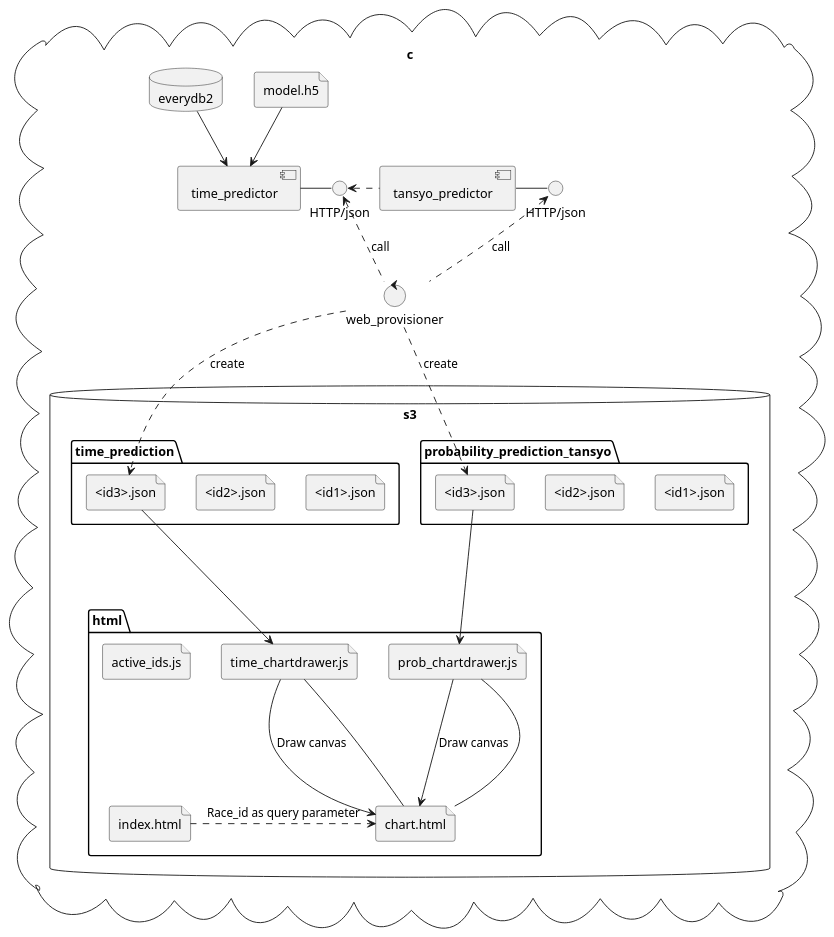
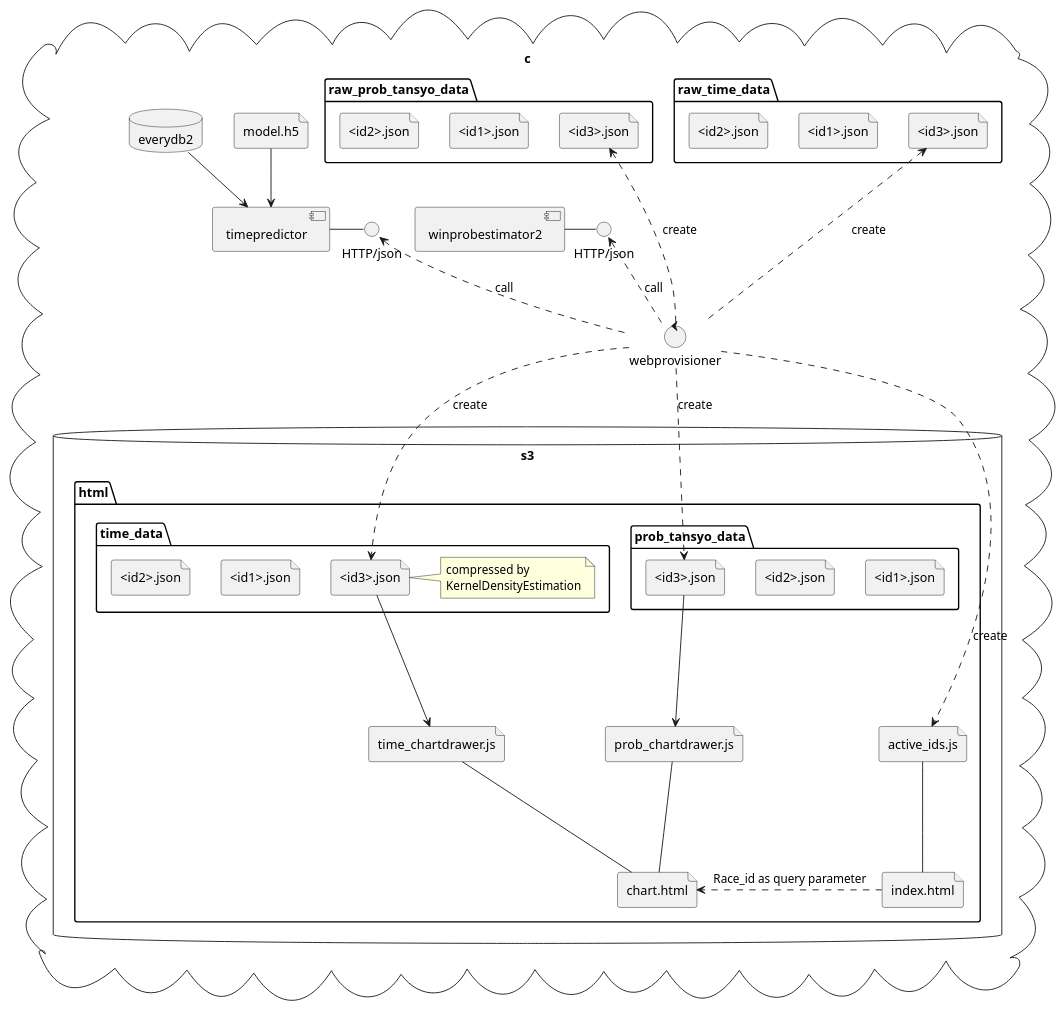
One commit to iwase22334/uma_document changed the diagram in software_design/web/overview.plantuml. Above: the diagram before and after it, drawn with PlantUML. The commit also changed 5 other files, not shown here.

```diff
--- a/software_design/web/overview.plantuml
+++ b/software_design/web/overview.plantuml
@@ -1,59 +1,73 @@
 @startuml
 
 cloud c {
     database s3 {
         folder html {
             file "index.html" as index
             file "active_ids.js" as ajs
             file "time_chartdrawer.js" as tjs
             file "prob_chartdrawer.js" as pjs
             file "chart.html" as chart
             index .> chart : Race_id as query parameter
-            tjs --> chart  : Draw canvas
             chart --up- tjs
 
-            pjs --> chart  : Draw canvas
             chart --up- pjs
 
+            folder time_data {
+                file "<id1>.json" as tp1
+                file "<id2>.json" as tp2
+                file "<id3>.json" as tp3
+                note right: compressed by \nKernelDensityEstimation
+            } 
+
+            folder prob_tansyo_data {
+                file "<id1>.json" as pp1
+                file "<id2>.json" as pp2
+                file "<id3>.json" as pp3
+            } 
         }
 
-        folder time_prediction {
-            file "<id1>.json" as tp1
-            file "<id2>.json" as tp2
-            file "<id3>.json" as tp3
-        } 
-
-        folder probability_prediction_tansyo {
-            file "<id1>.json" as pp1
-            file "<id2>.json" as pp2
-            file "<id3>.json" as pp3
-        } 
     }
 
     file "model.h5" as model
     database everydb2
-    control web_provisioner 
+    control webprovisioner 
 
-    component tansyo_predictor
+    component winprobestimator2
     interface "HTTP/json" as tanp_i
 
-    component time_predictor
+    component timepredictor
     interface "HTTP/json" as tp_i
 
-    tansyo_predictor - tanp_i
-    tansyo_predictor .left.> tp_i
+    folder raw_time_data {
+        file "<id1>.json" as rtp1
+        file "<id2>.json" as rtp2
+        file "<id3>.json" as rtp3
+    } 
 
-    time_predictor - tp_i
-    everydb2 --> time_predictor 
-    model --> time_predictor
+    folder raw_prob_tansyo_data {
+        file "<id1>.json" as rpp1
+        file "<id2>.json" as rpp2
+        file "<id3>.json" as rpp3
+    } 
 
+    winprobestimator2 - tanp_i
+
+    timepredictor - tp_i
+    everydb2 --> timepredictor 
+    model --> timepredictor
+
+    ajs --- index
     tp3 ---> tjs
     pp3 ---> pjs
 
-    web_provisioner .up.> tp_i : call
-    web_provisioner .up.> tanp_i : call
-    web_provisioner ..> tp3 : create
-    web_provisioner ..> pp3 : create
+    webprovisioner .up.> tp_i : call
+    webprovisioner .up.> tanp_i : call
+    webprovisioner ..up.> rtp3 : create
+    webprovisioner ..up.> rpp3 : create
+    webprovisioner ..> tp3 : create
+    webprovisioner ..> pp3 : create
+    webprovisioner ..> ajs : create
 }
 
 @enduml
```
